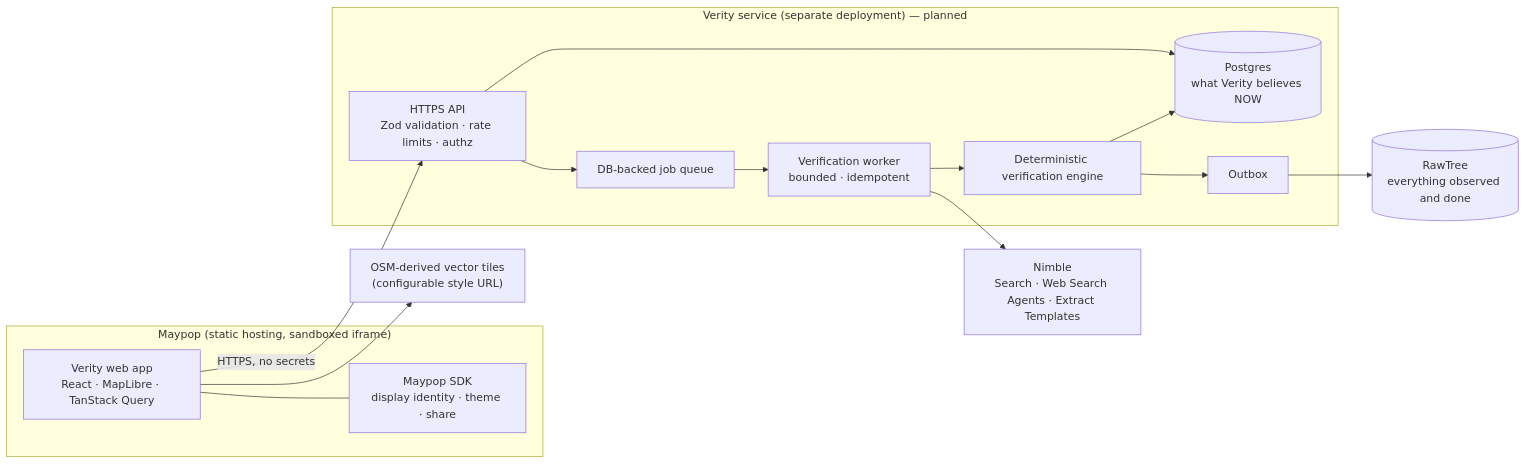
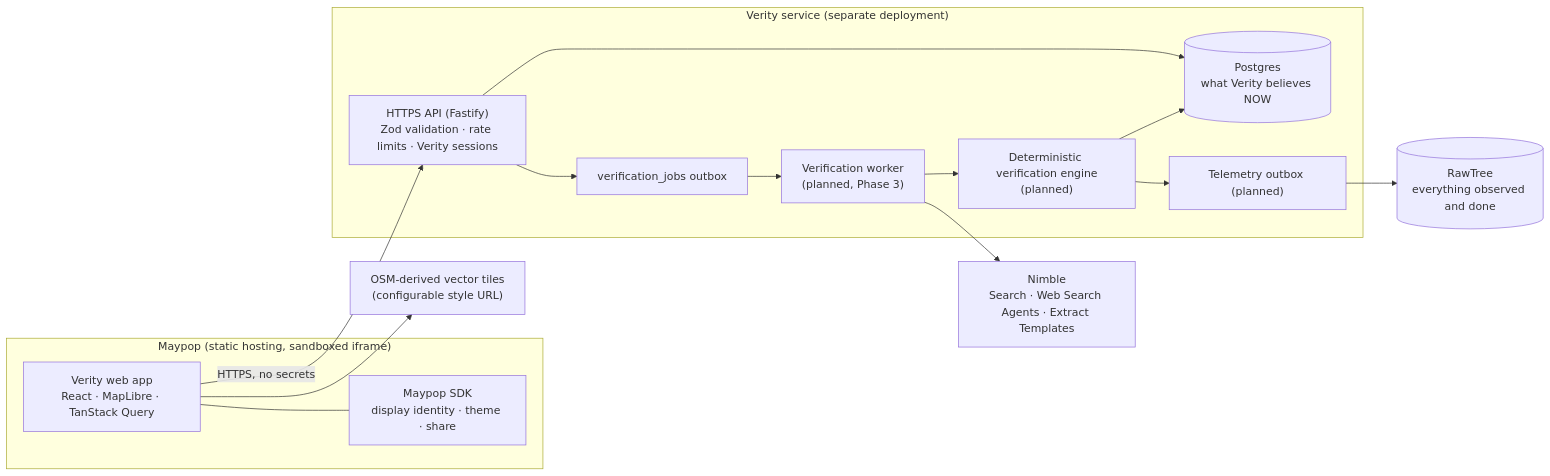
One commit to quangt0213/Verity changed the first of 2 diagrams in ARCHITECTURE.md. Above: the diagram before and after it, drawn with Mermaid. The commit also changed other lines of this file and 102 other files, not shown here.

First line of the commit message:
Phase 2: secure Verity core service

````diff
--- a/ARCHITECTURE.md
+++ b/ARCHITECTURE.md
@@ -14,27 +15,27 @@
 ```mermaid
 flowchart LR
   subgraph Maypop["Maypop (static hosting, sandboxed iframe)"]
     UI["Verity web app<br/>React · MapLibre · TanStack Query"]
     SDK["Maypop SDK<br/>display identity · theme · share"]
   end
-  subgraph Service["Verity service (separate deployment) — planned"]
-    API["HTTPS API<br/>Zod validation · rate limits · authz"]
+  subgraph Service["Verity service (separate deployment)"]
+    API["HTTPS API (Fastify)<br/>Zod validation · rate limits · Verity sessions"]
     PG[("Postgres<br/>what Verity believes NOW")]
-    Q["DB-backed job queue"]
-    W["Verification worker<br/>bounded · idempotent"]
-    ENG["Deterministic verification engine"]
-    OUT["Outbox"]
+    Q["verification_jobs outbox"]
+    W["Verification worker<br/>(planned, Phase 3)"]
+    ENG["Deterministic verification engine<br/>(planned)"]
+    OUT["Telemetry outbox (planned)"]
   end
   NIM["Nimble<br/>Search · Web Search Agents · Extract Templates"]
   RT[("RawTree<br/>everything observed and done")]
   OSM["OSM-derived vector tiles<br/>(configurable style URL)"]
 
   UI -- "HTTPS, no secrets" --> API
   UI --> OSM
   UI --- SDK
   API --> PG
   API --> Q --> W
   W --> NIM
   W --> ENG --> PG
   ENG --> OUT --> RT
 ```
````
